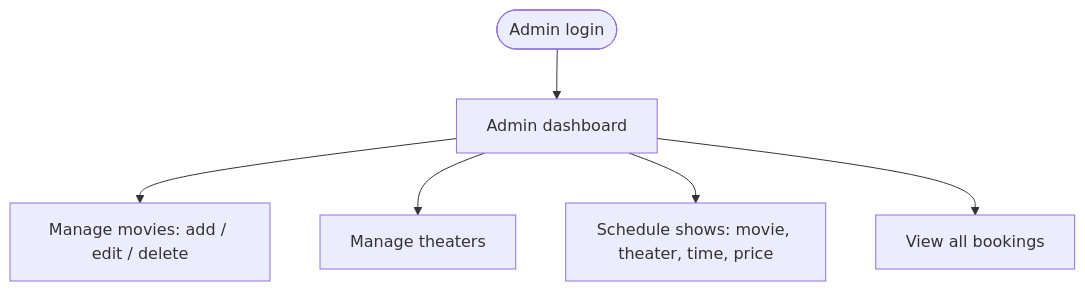
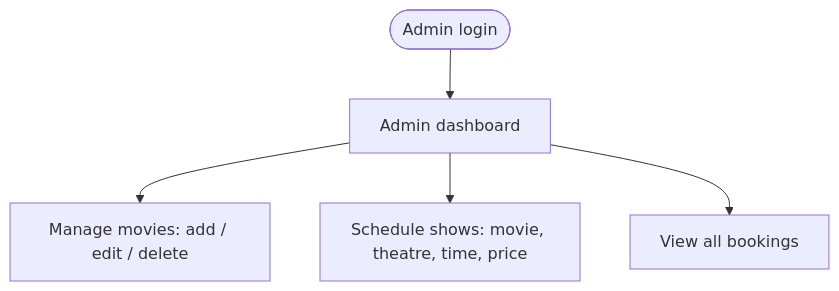
The second of 2 diagrams in docs/05-user-flow.md (Krati1609/imovies), drawn with Mermaid before and after one commit. The commit also changed 24 other files, not shown here.

````diff
--- a/docs/05-user-flow.md
+++ b/docs/05-user-flow.md
@@ -29,8 +29,7 @@
 ```mermaid
 flowchart TD
     A([Admin login]) --> B[Admin dashboard]
     B --> C[Manage movies: add / edit / delete]
-    B --> D[Manage theaters]
-    B --> E[Schedule shows: movie, theater, time, price]
+    B --> E[Schedule shows: movie, theatre, time, price]
     B --> F[View all bookings]
 ```
````
